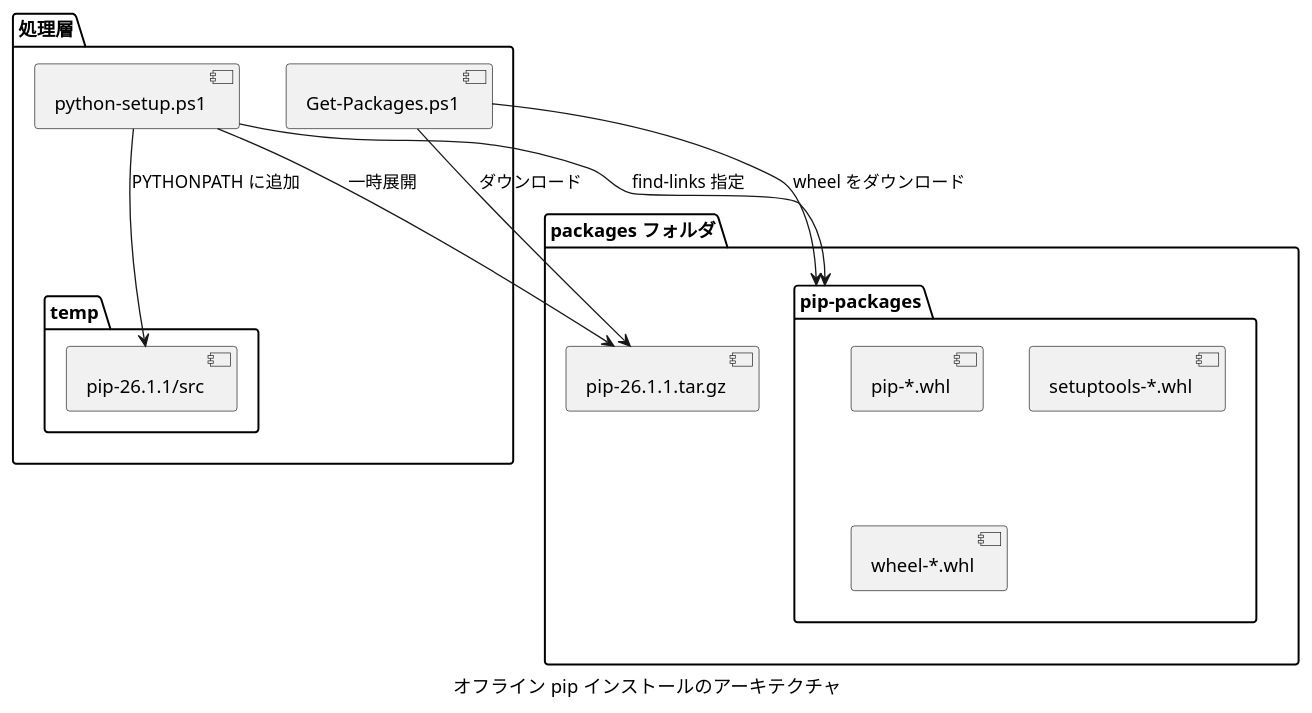
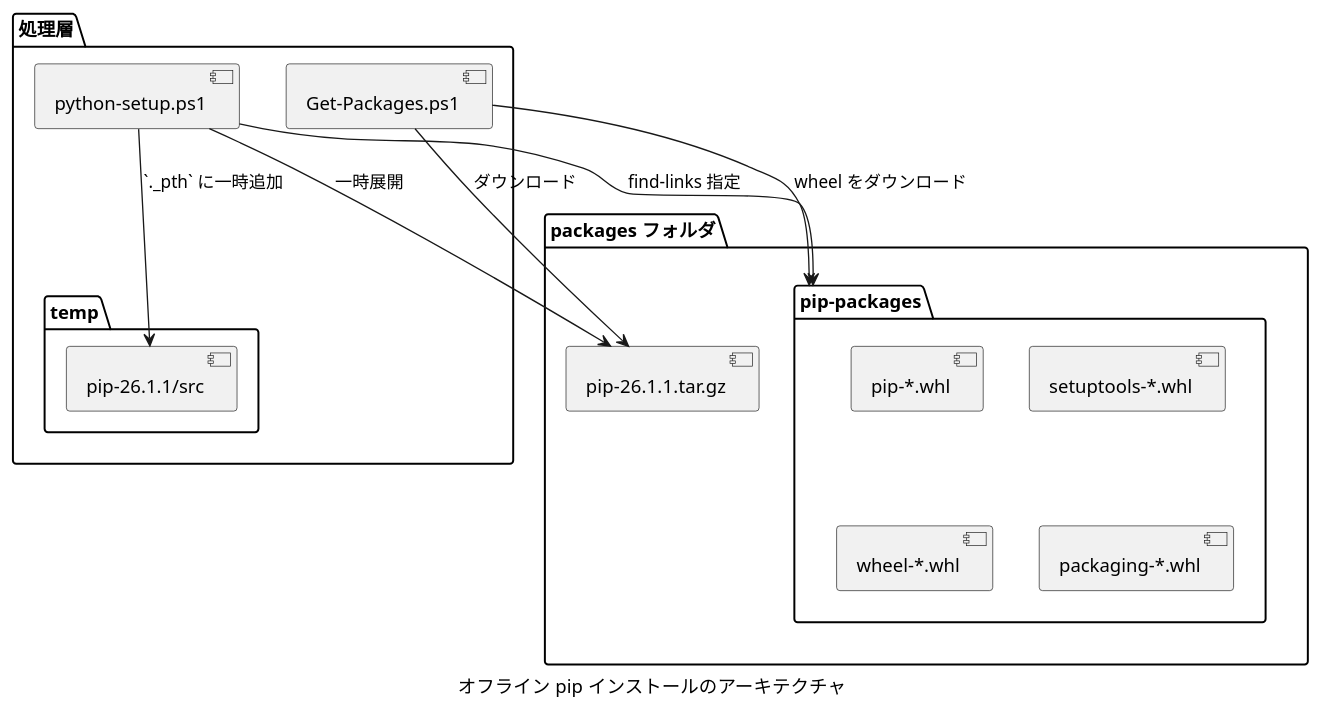
Before and after one commit to Hondarer/devbin-win: the first of 4 diagrams in docs/offline-pip-design.md, drawn with PlantUML. The commit also changed other lines of this file and 2 other files, not shown here.

````diff
--- a/docs/offline-pip-design.md
+++ b/docs/offline-pip-design.md
@@ -18,27 +18,28 @@
 ```plantuml
 @startuml オフライン pip インストールのアーキテクチャ
 caption オフライン pip インストールのアーキテクチャ
 package "packages フォルダ" {
   [pip-26.1.1.tar.gz]
   folder "pip-packages" {
     [pip-*.whl]
     [setuptools-*.whl]
     [wheel-*.whl]
+    [packaging-*.whl]
   }
 }
 
 package "処理層" {
   [Get-Packages.ps1] as getpkg
   [python-setup.ps1] as pysetup
   folder "temp" {
     [pip-26.1.1/src]
   }
 }
 
 getpkg --> [pip-26.1.1.tar.gz] : ダウンロード
 getpkg --> [pip-packages] : wheel をダウンロード
 pysetup --> [pip-26.1.1.tar.gz] : 一時展開
-pysetup --> [pip-26.1.1/src] : PYTHONPATH に追加
+pysetup --> [pip-26.1.1/src] : `._pth` に一時追加
 pysetup --> [pip-packages] : find-links 指定
 @enduml
 ```
````
